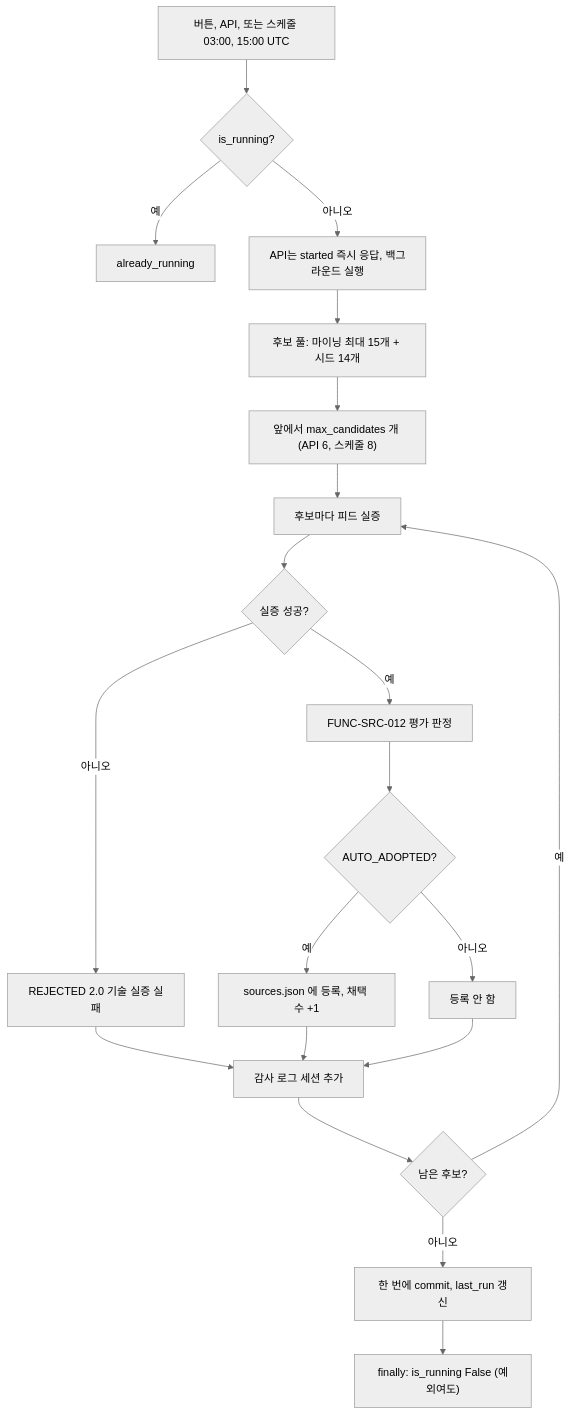
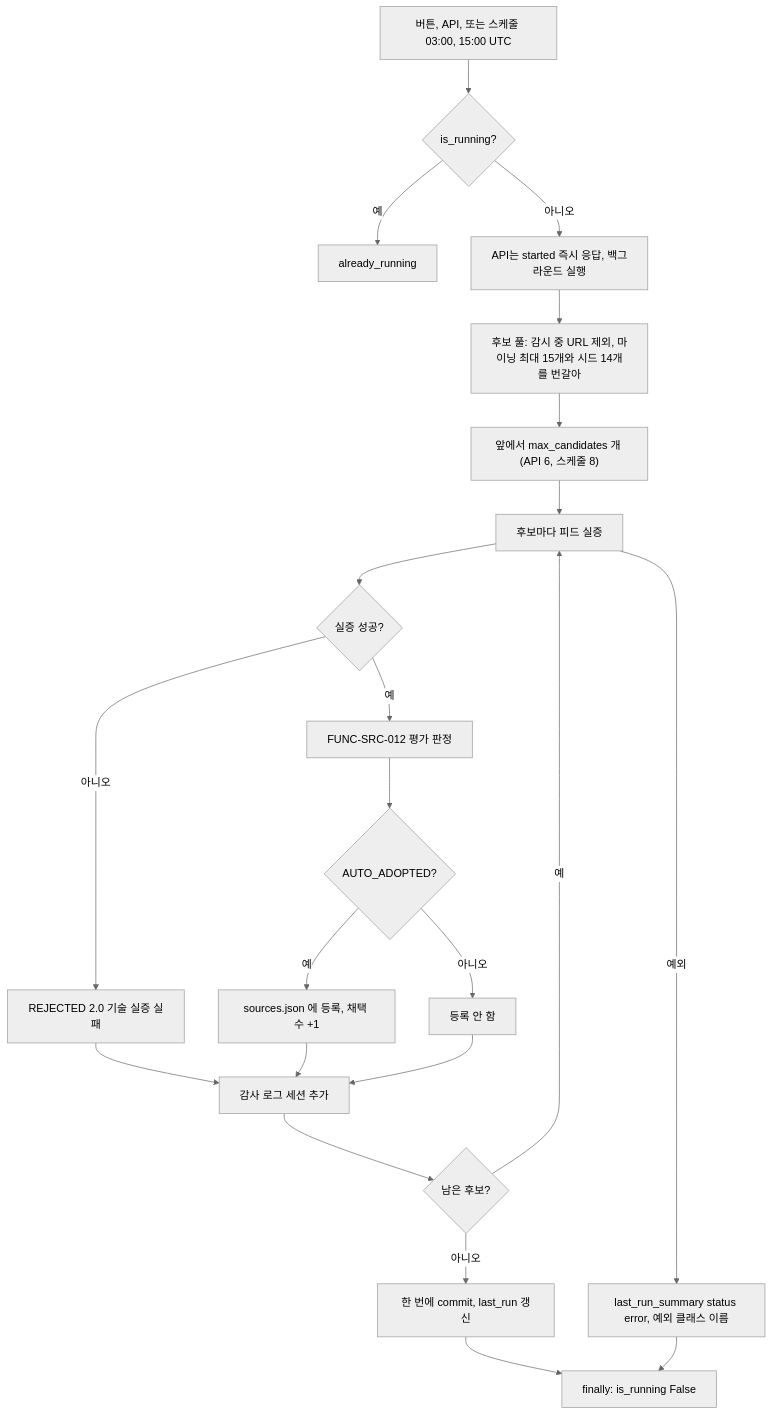
Before and after one commit to ozplayground/agent-lens: diagram 11 of 14 in docs/spec-writer/fsd/05_SOURCES_AND_RESEARCH_SPECIFICATION.md, drawn with Mermaid (neutral theme). The commit also changed other lines of this file and 216 other files, not shown here.

````diff
--- a/docs/spec-writer/fsd/05_SOURCES_AND_RESEARCH_SPECIFICATION.md
+++ b/docs/spec-writer/fsd/05_SOURCES_AND_RESEARCH_SPECIFICATION.md
@@ -797,22 +769,24 @@
 ```mermaid
 flowchart TD
     A["버튼, API, 또는 스케줄 03:00, 15:00 UTC"] --> B{"is_running?"}
     B -->|예| C["already_running"]
     B -->|아니오| D["API는 started 즉시 응답, 백그라운드 실행"]
-    D --> E["후보 풀: 마이닝 최대 15개 + 시드 14개"]
+    D --> E["후보 풀: 감시 중 URL 제외, 마이닝 최대 15개와 시드 14개를 번갈아"]
     E --> F["앞에서 max_candidates 개 (API 6, 스케줄 8)"]
     F --> G["후보마다 피드 실증"]
     G --> H{"실증 성공?"}
     H -->|아니오| I["REJECTED 2.0 기술 실증 실패"]
     H -->|예| J["FUNC-SRC-012 평가 판정"]
     J --> K{"AUTO_ADOPTED?"}
     K -->|예| L["sources.json 에 등록, 채택 수 +1"]
     K -->|아니오| M["등록 안 함"]
     I --> N["감사 로그 세션 추가"]
     L --> N
     M --> N
     N --> O{"남은 후보?"}
     O -->|예| G
     O -->|아니오| P["한 번에 commit, last_run 갱신"]
-    P --> Q["finally: is_running False (예외여도)"]
+    P --> Q["finally: is_running False"]
+    G -->|예외| R["last_run_summary status error, 예외 클래스 이름"]
+    R --> Q
 ```
````
